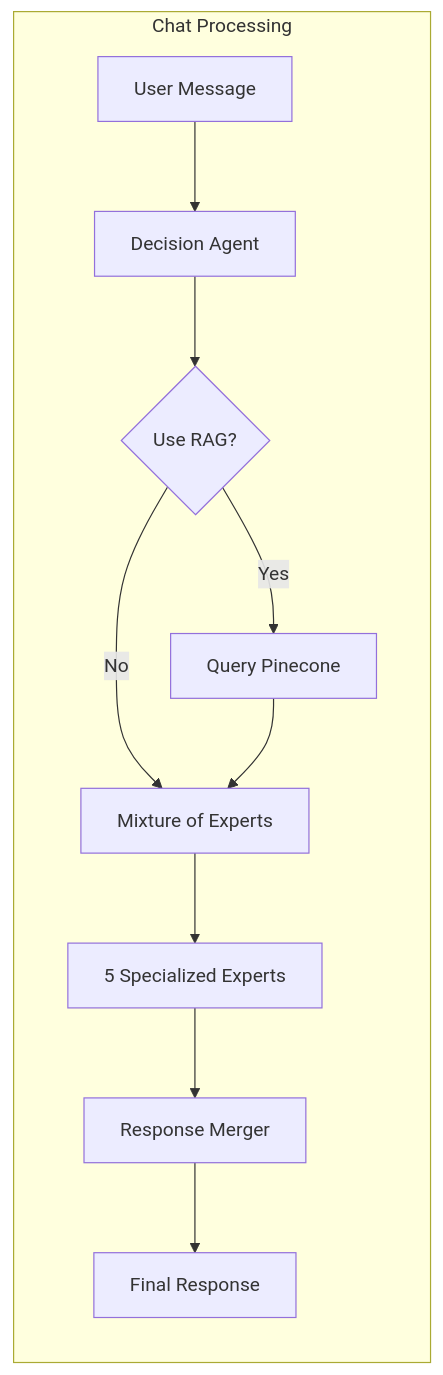
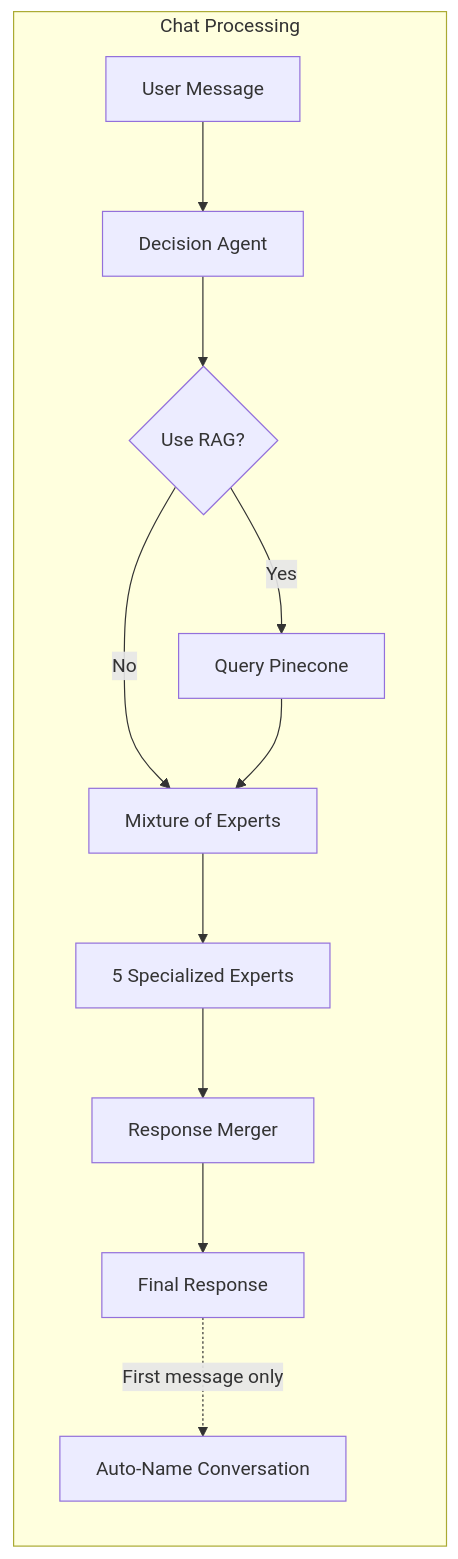
One commit to sisterai/estate-assistant-system changed the third of 27 diagrams in ARCHITECTURE.md. Above: the diagram before and after it, drawn with Mermaid. The commit also changed other lines of this file and 1 other file, not shown here.

Commit message:
feat(chat): implement auto-generation of conversation names for new chats

````diff
--- a/ARCHITECTURE.md
+++ b/ARCHITECTURE.md
@@ -190,22 +190,24 @@
 ```mermaid
 flowchart LR
   subgraph "Chat Processing"
     Input[User Message]
     Decision[Decision Agent]
     RAG{Use RAG?}
     Pinecone[Query Pinecone]
     MoE[Mixture of Experts]
     Experts[5 Specialized Experts]
     Merger[Response Merger]
     Output[Final Response]
+    AutoName[Auto-Name Conversation]
   end
 
   Input --> Decision
   Decision --> RAG
   RAG -->|Yes| Pinecone
   RAG -->|No| MoE
   Pinecone --> MoE
   MoE --> Experts
   Experts --> Merger
   Merger --> Output
+  Output -.->|First message only| AutoName
 ```
````
